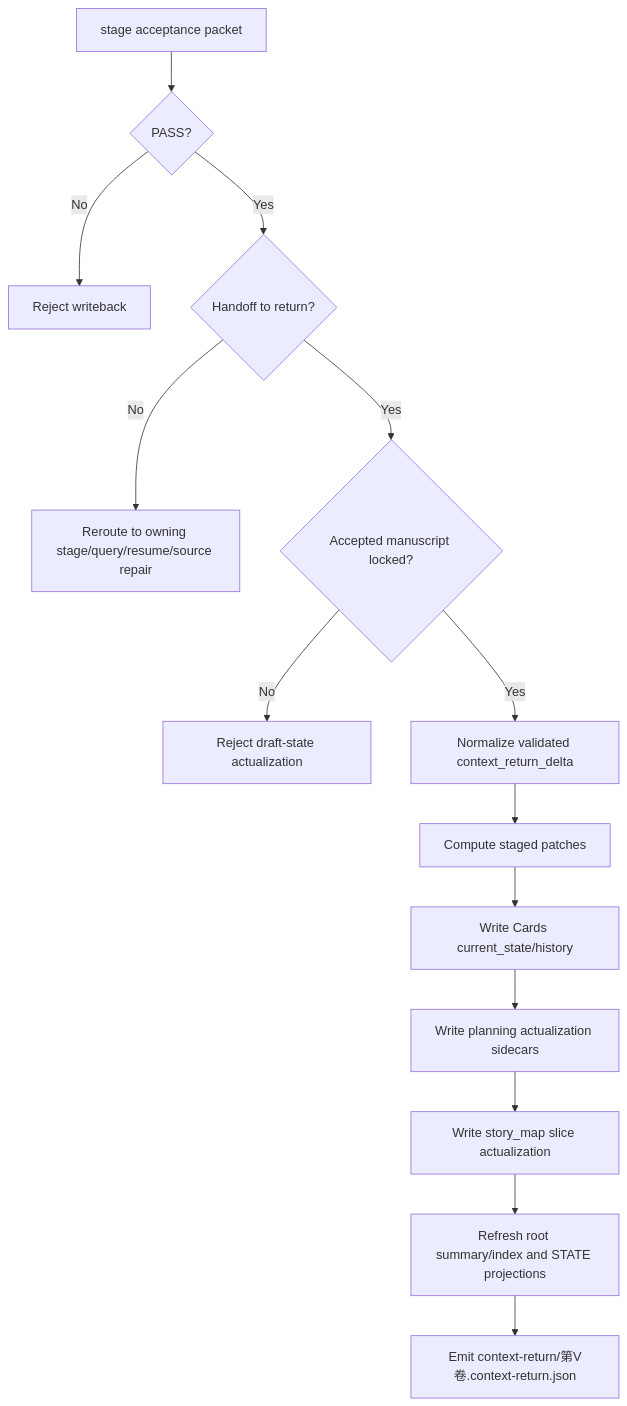
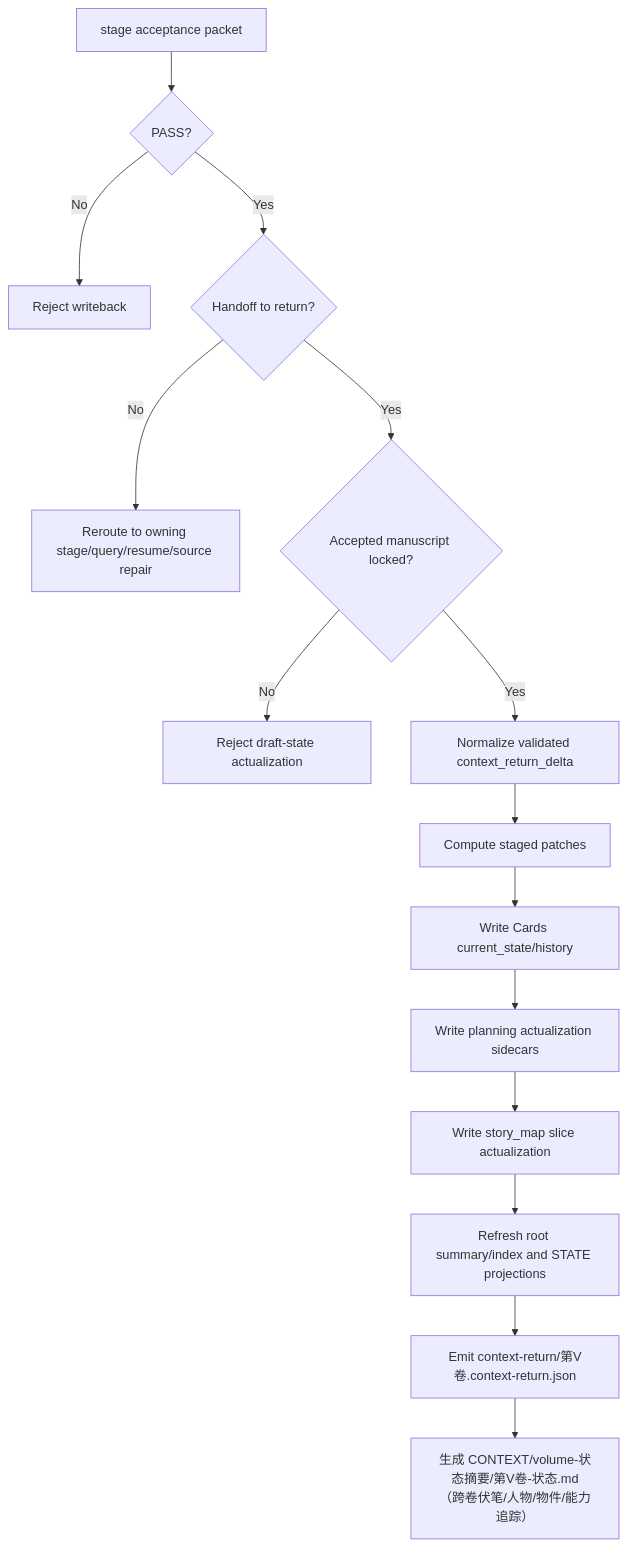
One commit to ZEN-VOID/AI-CUT changed the first of 2 diagrams in .agents/skills/story/return/SKILL.md. Above: the diagram before and after it, drawn with Mermaid. The commit also changed other lines of this file and 439 other files, not shown here.

````diff
--- a/.agents/skills/story/return/SKILL.md
+++ b/.agents/skills/story/return/SKILL.md
@@ -98,16 +99,17 @@
 ```mermaid
 flowchart TD
     A["stage acceptance packet"] --> B{"PASS?"}
     B -->|"No"| R1["Reject writeback"]
     B -->|"Yes"| C{"Handoff to return?"}
     C -->|"No"| R2["Reroute to owning stage/query/resume/source repair"]
     C -->|"Yes"| D{"Accepted manuscript locked?"}
     D -->|"No"| R3["Reject draft-state actualization"]
     D -->|"Yes"| E["Normalize validated context_return_delta"]
     E --> F["Compute staged patches"]
     F --> G["Write Cards current_state/history"]
     G --> H["Write planning actualization sidecars"]
     H --> I["Write story_map slice actualization"]
     I --> J["Refresh root summary/index and STATE projections"]
     J --> K["Emit context-return/第V卷.context-return.json"]
+    K --> L["生成 CONTEXT/volume-状态摘要/第V卷-状态.md<br/>（跨卷伏笔/人物/物件/能力追踪）"]
 ```
````
